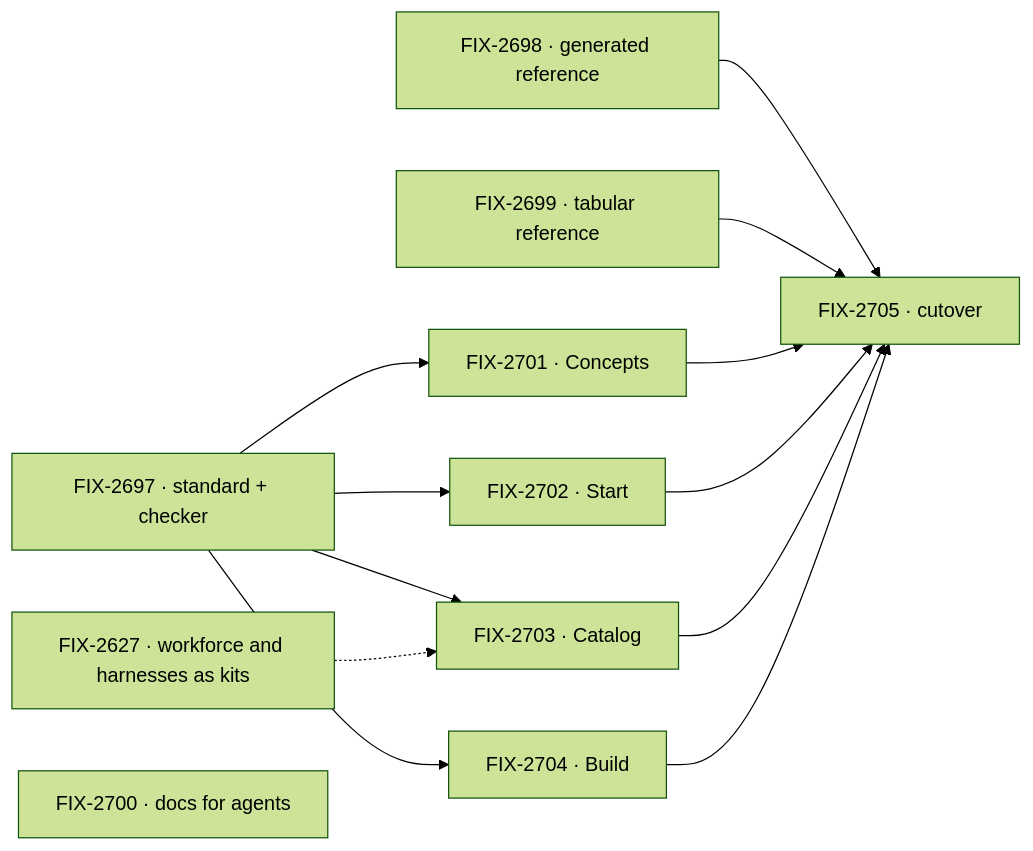
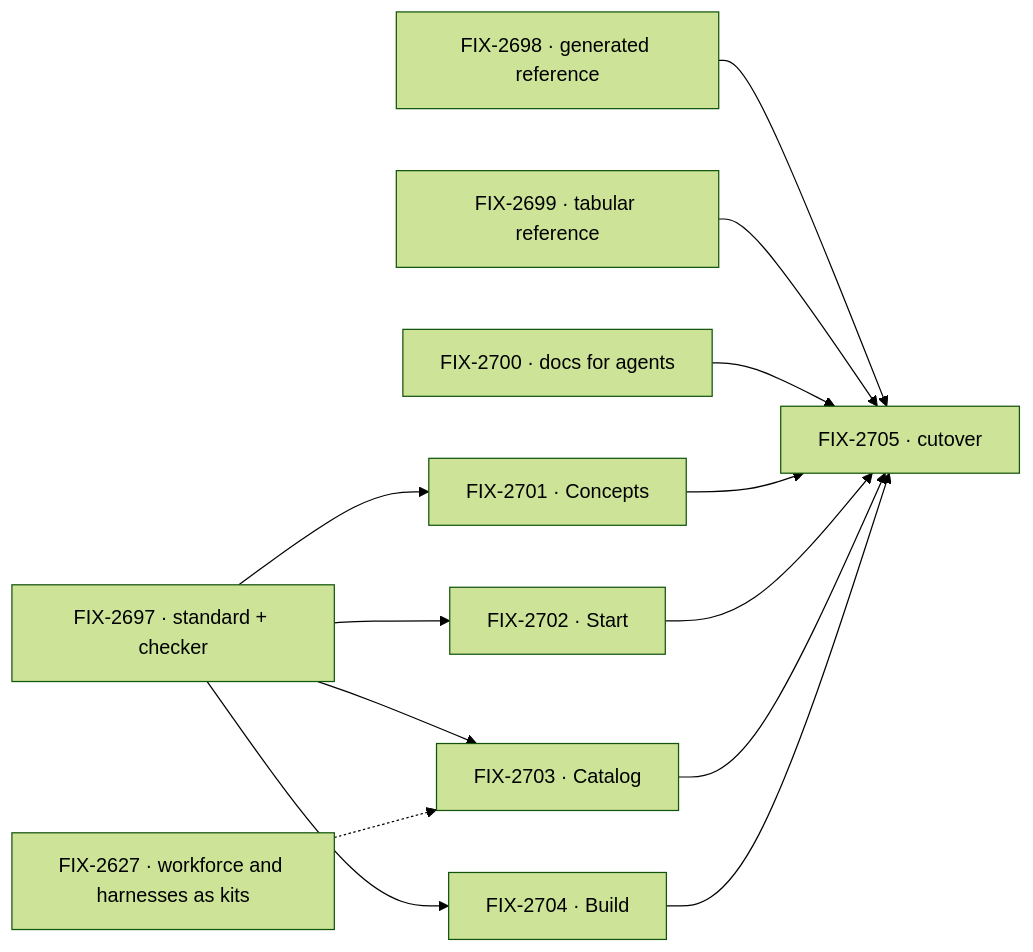
One commit to fixpoint-labs/flow-state-dev changed the second of 2 diagrams in specs/epics/FIX-2696/SPEC.md. Above: the diagram before and after it, drawn with Mermaid (forest theme). The commit also changed other lines of this file and 3 other files, not shown here.

````diff
--- a/specs/epics/FIX-2696/SPEC.md
+++ b/specs/epics/FIX-2696/SPEC.md
@@ -72,15 +74,15 @@
 ```mermaid
 flowchart LR
   A["FIX-2697 · standard + checker"] --> E["FIX-2701 · Concepts"]
   A --> F["FIX-2702 · Start"]
   A --> G["FIX-2703 · Catalog"]
   A --> H["FIX-2704 · Build"]
   K["FIX-2627 · workforce and harnesses as kits"] -.-> G
   B["FIX-2698 · generated reference"] --> I["FIX-2705 · cutover"]
   C["FIX-2699 · tabular reference"] --> I
-  D["FIX-2700 · docs for agents"]
+  D["FIX-2700 · docs for agents"] --> I
   E --> I
   F --> I
   G --> I
   H --> I
 ```
````
